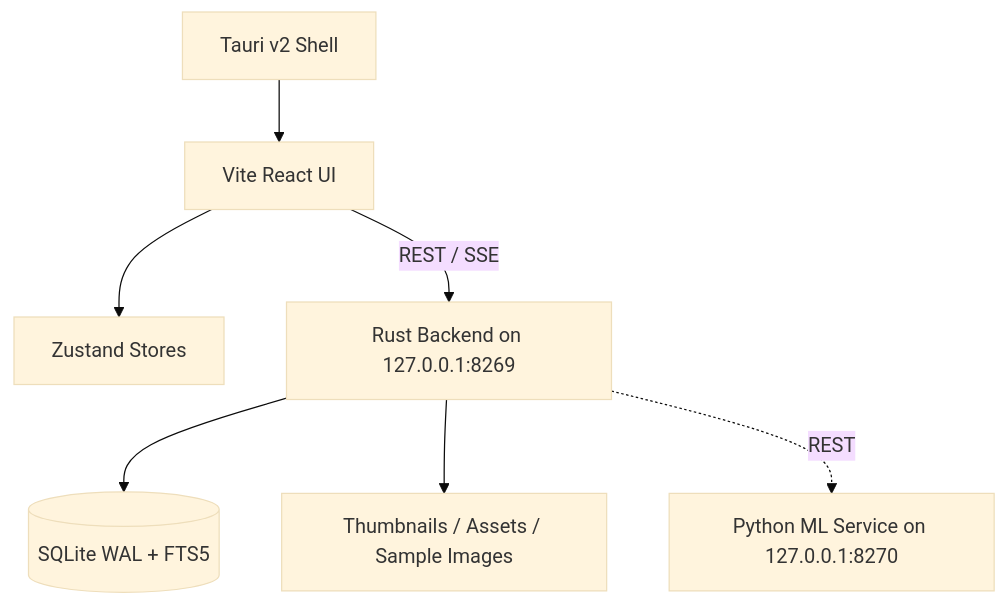
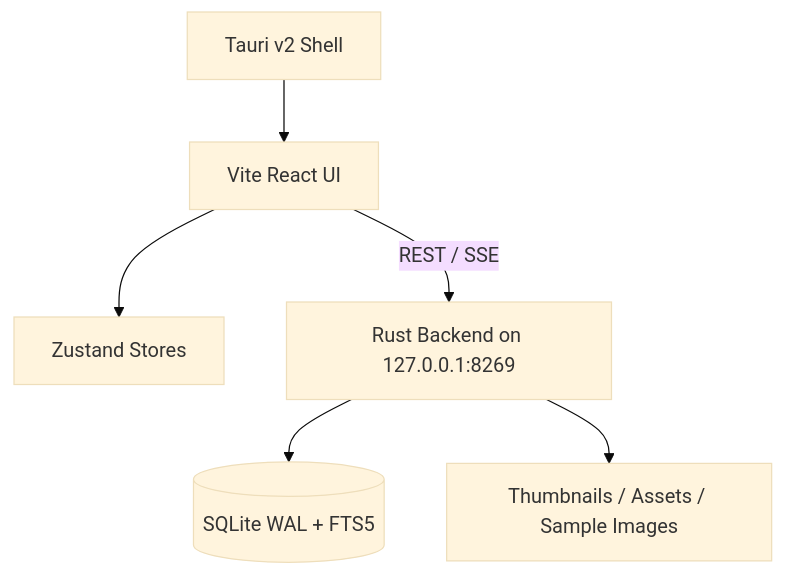
The diagram in README.md (VardhmanSurana/Prism), drawn with Mermaid (base theme) before and after one commit. The commit also changed other lines of this file and 38 other files, not shown here.

````diff
--- a/README.md
+++ b/README.md
@@ -89,9 +89,8 @@
 ```mermaid
 graph TD
     Tauri[Tauri v2 Shell] --> React[Vite React UI]
     React --> Zustand[Zustand Stores]
     React -->|REST / SSE| Axum[Rust Backend on 127.0.0.1:8269]
     Axum --> SQLx[(SQLite WAL + FTS5)]
     Axum --> Storage[Thumbnails / Assets / Sample Images]
-    Axum -. REST .-> PyML[Python ML Service on 127.0.0.1:8270]
 ```
````
